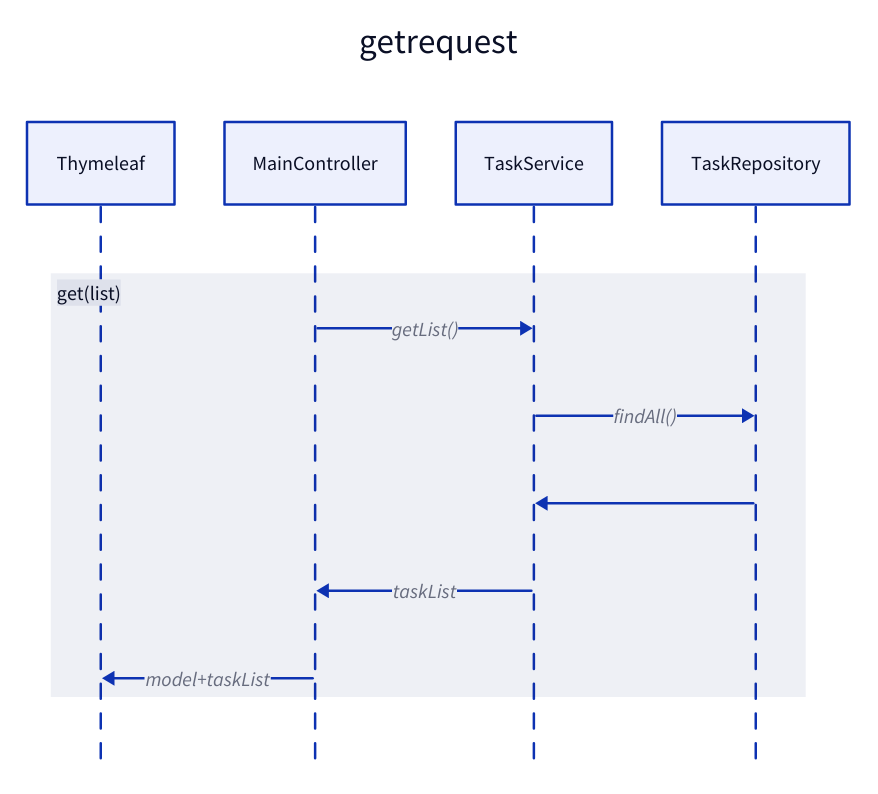
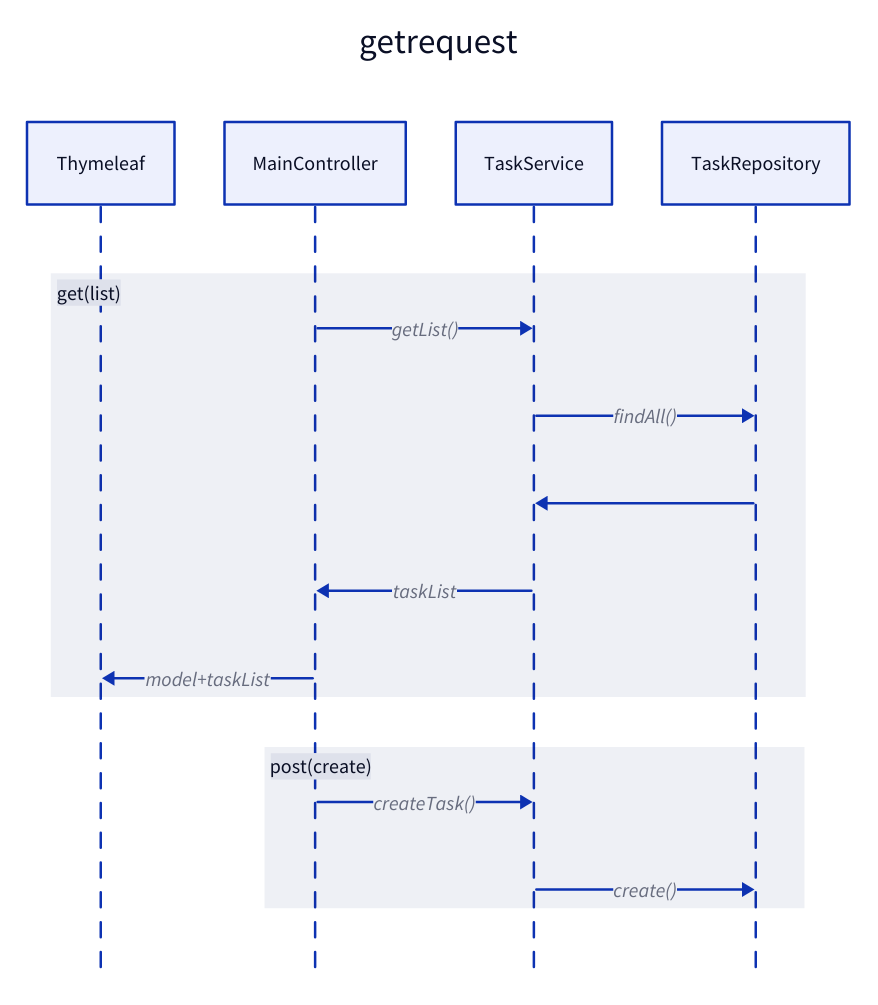
One commit to soljeong/todolist changed the diagram in sequencs.d2. Above: the diagram before and after it, drawn with D2. The commit also changed 4 other files, not shown here.

```diff
--- a/sequencs.d2
+++ b/sequencs.d2
@@ -1,15 +1,19 @@
 getrequest: {
   shape: sequence_diagram
 
   th: Thymeleaf
   con: MainController
   ser: TaskService
   re: TaskRepository
   get(list): {
     con -> ser: getList()
     ser -> re : findAll()
     re -> ser 
     ser -> con: taskList
     con -> th: model+taskList
   }
+  post(create):{
+    con -> ser : createTask()
+    ser -> re : create()
+  }
 }
```
